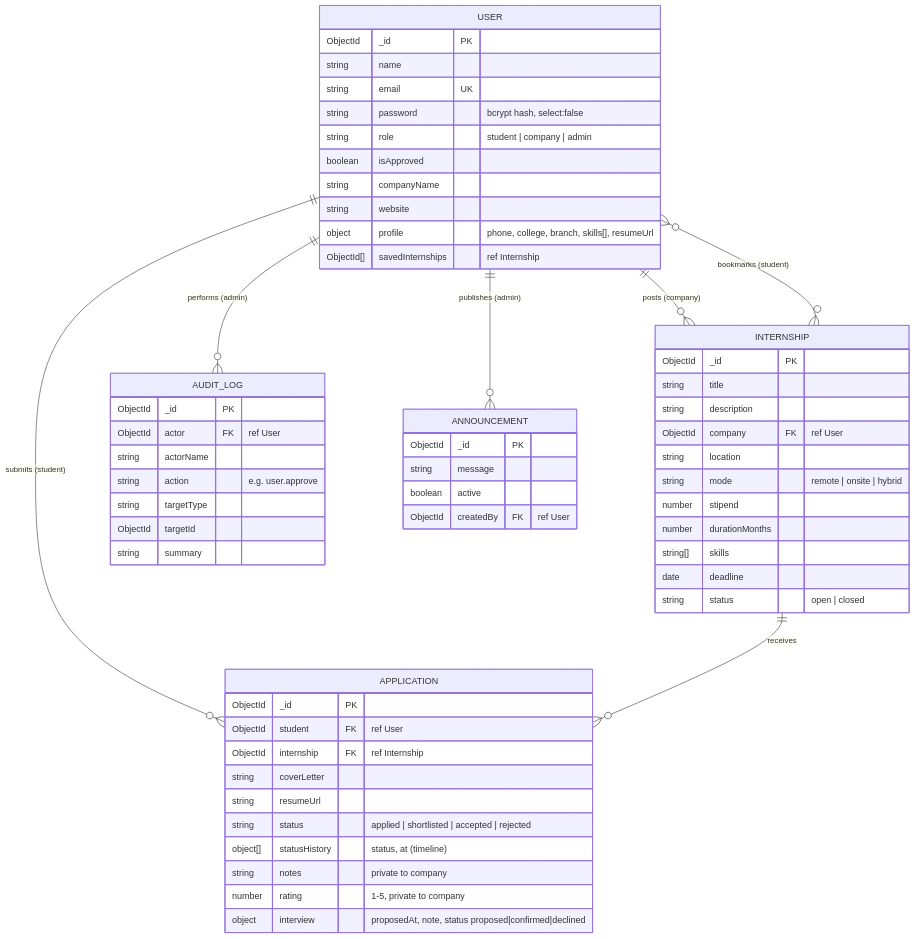
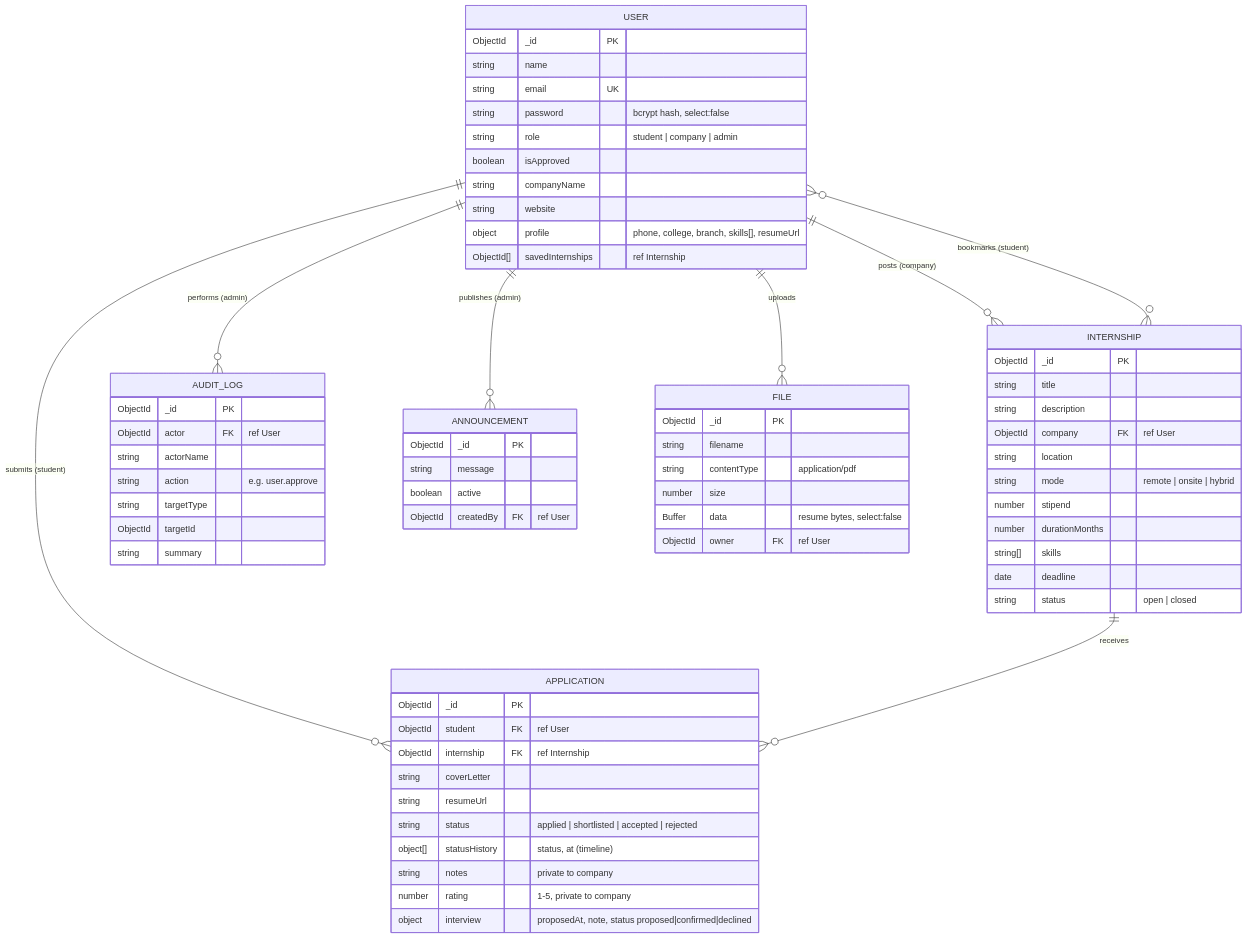
One commit to haarsxh/internship-management-portal changed the diagram in docs/ER-diagram.md. Above: the diagram before and after it, drawn with Mermaid. The commit also changed 17 other files, not shown here.

````diff
--- a/docs/ER-diagram.md
+++ b/docs/ER-diagram.md
@@ -3,62 +3,71 @@
 ```mermaid
 erDiagram
     USER ||--o{ INTERNSHIP : "posts (company)"
     USER ||--o{ APPLICATION : "submits (student)"
     INTERNSHIP ||--o{ APPLICATION : "receives"
     USER }o--o{ INTERNSHIP : "bookmarks (student)"
     USER ||--o{ AUDIT_LOG : "performs (admin)"
     USER ||--o{ ANNOUNCEMENT : "publishes (admin)"
+    USER ||--o{ FILE : "uploads"
 
     USER {
         ObjectId _id PK
         string name
         string email UK
         string password "bcrypt hash, select:false"
         string role "student | company | admin"
         boolean isApproved
         string companyName
         string website
         object profile "phone, college, branch, skills[], resumeUrl"
         ObjectId[] savedInternships "ref Internship"
     }
     INTERNSHIP {
         ObjectId _id PK
         string title
         string description
         ObjectId company FK "ref User"
         string location
         string mode "remote | onsite | hybrid"
         number stipend
         number durationMonths
         string[] skills
         date deadline
         string status "open | closed"
     }
     APPLICATION {
         ObjectId _id PK
         ObjectId student FK "ref User"
         ObjectId internship FK "ref Internship"
         string coverLetter
         string resumeUrl
         string status "applied | shortlisted | accepted | rejected"
         object[] statusHistory "status, at (timeline)"
         string notes "private to company"
         number rating "1-5, private to company"
         object interview "proposedAt, note, status proposed|confirmed|declined"
     }
+    FILE {
+        ObjectId _id PK
+        string filename
+        string contentType "application/pdf"
+        number size
+        Buffer data "resume bytes, select:false"
+        ObjectId owner FK "ref User"
+    }
     AUDIT_LOG {
         ObjectId _id PK
         ObjectId actor FK "ref User"
         string actorName
         string action "e.g. user.approve"
         string targetType
         ObjectId targetId
         string summary
     }
     ANNOUNCEMENT {
         ObjectId _id PK
         string message
         boolean active
         ObjectId createdBy FK "ref User"
     }
 ```
````
